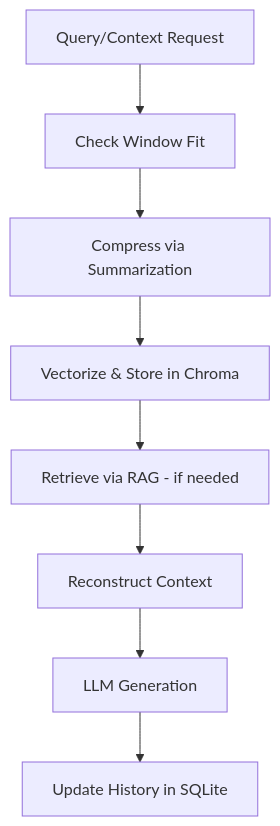
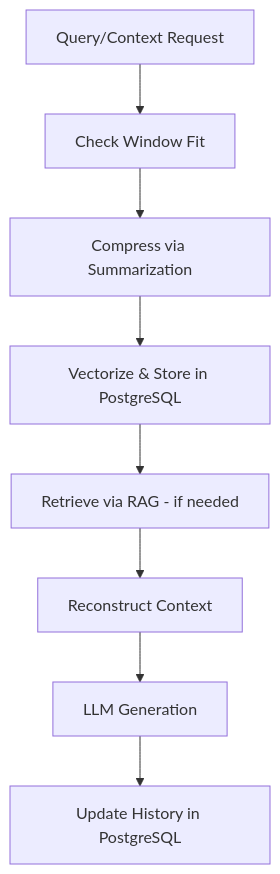
Before and after one commit to raqkaaq/ArxivResearchAgent: the third of 3 diagrams in CONTEXT_PRD.md, drawn with Mermaid. The commit also changed other lines of this file and 12 other files, not shown here.

````diff
--- a/CONTEXT_PRD.md
+++ b/CONTEXT_PRD.md
@@ -68,10 +67,10 @@
 ```mermaid
 flowchart TD
     A[Query/Context Request] --> B[Check Window Fit]
     B --> C[Compress via Summarization]
-    C --> D[Vectorize & Store in Chroma]
+    C --> D[Vectorize & Store in PostgreSQL]
     D --> E[Retrieve via RAG - if needed]
     E --> F[Reconstruct Context]
     F --> G[LLM Generation]
-    G --> H[Update History in SQLite]
+    G --> H[Update History in PostgreSQL]
 ```
````
